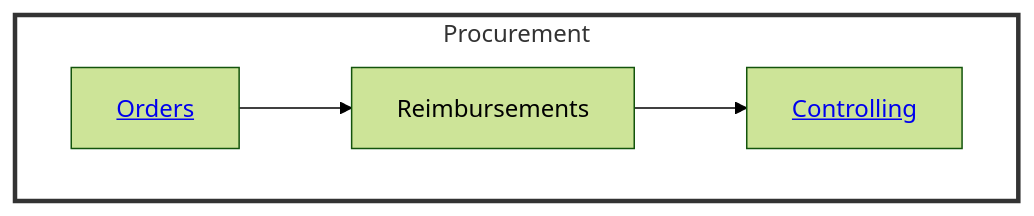
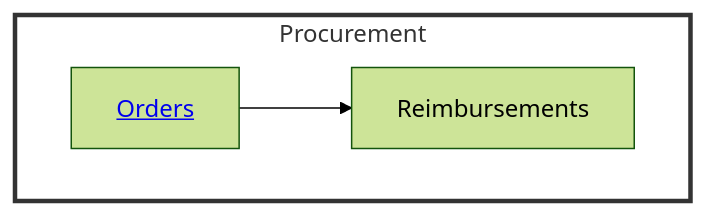
One commit to digital-work-lab/handbook changed the third of 5 diagrams in docs/10-lab/index.md. Above: the diagram before and after it, drawn with Mermaid (forest theme). The commit also changed other lines of this file, not shown here.

````diff
--- a/docs/10-lab/index.md
+++ b/docs/10-lab/index.md
@@ -46,11 +55,10 @@
 ```mermaid
 flowchart  TB
 
     subgraph Procurement
         direction LR
-        Reimbursements --> Controlling["<a href='10_processes/10.70.controlling.html'>Controlling</a>"]
         Orders["<a href='10_processes/10.52.orders.html'>Orders</a>"] --> Reimbursements
     end
 
     style Procurement fill:white,stroke:#333,stroke-width:3px
 ```
````
